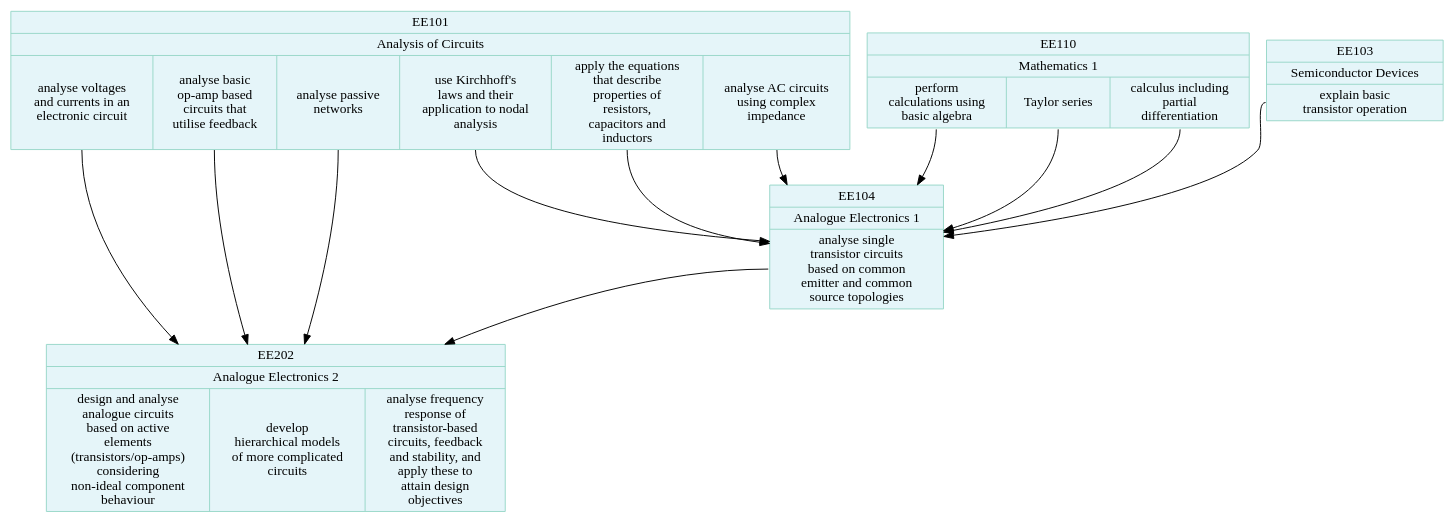
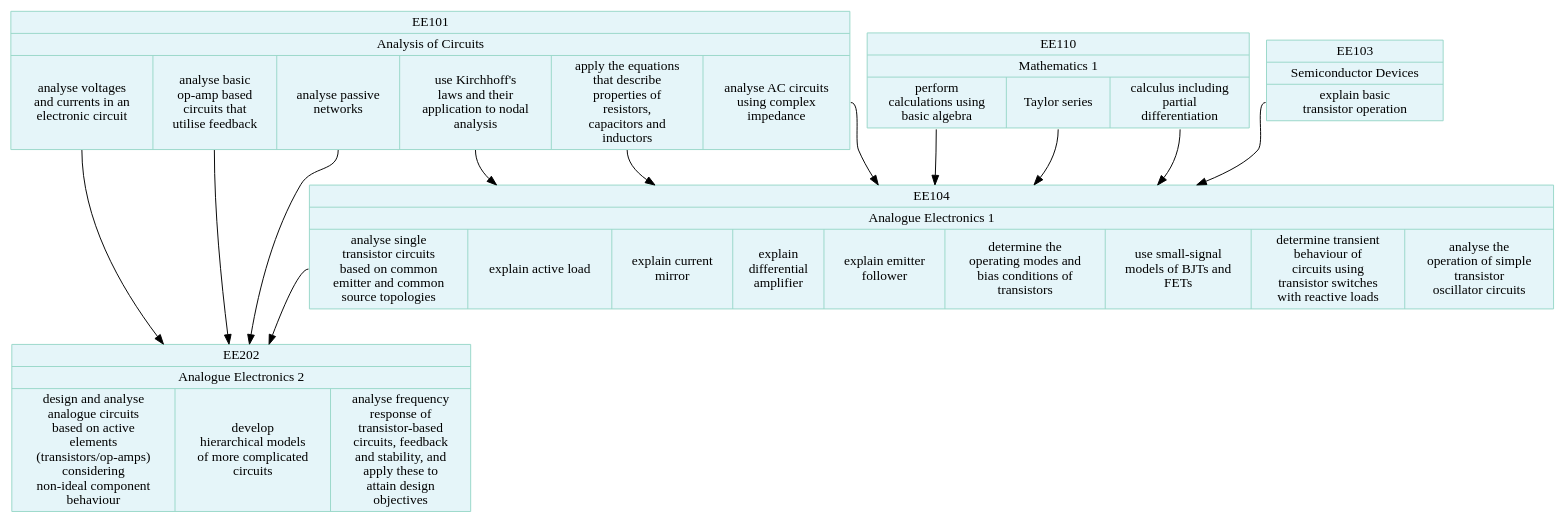
Before and after one commit to johnwickerson/ee_modules: the diagram in modules.dot, drawn with Graphviz. The commit also changed 1 other file, not shown here.

```diff
--- a/modules.dot
+++ b/modules.dot
@@ -1,45 +1,53 @@
 // This is an auto-generated file. Don't edit this file; edit `modules.yml` instead.
 
 digraph {
   node[shape=record, style="filled"];
   node[color="#99d8c9", fillcolor="#e5f5f9"];
   EE101 [label="{EE101 | Analysis of Circuits | {
     <1>analyse voltages\nand currents in an\nelectronic circuit |
     <2>analyse basic\nop-amp based\ncircuits that\nutilise feedback |
     <3>analyse passive\nnetworks |
     <4>use Kirchhoff's\nlaws and their\napplication to nodal\nanalysis |
     <5>apply the equations\nthat describe\nproperties of\nresistors,\ncapacitors and\ninductors |
     <6>analyse AC circuits\nusing complex\nimpedance
   }}"];
 
   EE110 [label="{EE110 | Mathematics 1 | {
     <1>perform\ncalculations using\nbasic algebra |
     <2>Taylor series |
     <3>calculus including\npartial\ndifferentiation
   }}"];
 
   EE103 [label="{EE103 | Semiconductor Devices | {
     <1>explain basic\ntransistor operation
   }}"];
 
   EE104 [label="{EE104 | Analogue Electronics 1 | {
-    <1>analyse single\ntransistor circuits\nbased on common\nemitter and common\nsource topologies
+    <1>analyse single\ntransistor circuits\nbased on common\nemitter and common\nsource topologies |
+    <2>explain active load |
+    <3>explain current\nmirror |
+    <4>explain\ndifferential\namplifier |
+    <5>explain emitter\nfollower |
+    <6>determine the\noperating modes and\nbias conditions of\ntransistors |
+    <7>use small-signal\nmodels of BJTs and\nFETs |
+    <8>determine transient\nbehaviour of\ncircuits using\ntransistor switches\nwith reactive loads |
+    <9>analyse the\noperation of simple\ntransistor\noscillator circuits
   }}"];
   EE101:4 -> EE104;
   EE101:5 -> EE104;
   EE101:6 -> EE104;
   EE110:1 -> EE104;
   EE110:2 -> EE104;
   EE110:3 -> EE104;
   EE103:1 -> EE104;
 
   EE202 [label="{EE202 | Analogue Electronics 2 | {
     <1>design and analyse\nanalogue circuits\nbased on active\nelements\n(transistors/op-amps)\nconsidering\nnon-ideal component\nbehaviour |
     <2>develop\nhierarchical models\nof more complicated\ncircuits |
     <3>analyse frequency\nresponse of\ntransistor-based\ncircuits, feedback\nand stability, and\napply these to\nattain design\nobjectives
   }}"];
   EE101:1 -> EE202;
   EE101:2 -> EE202;
   EE101:3 -> EE202;
   EE104:1 -> EE202;
 }
```
